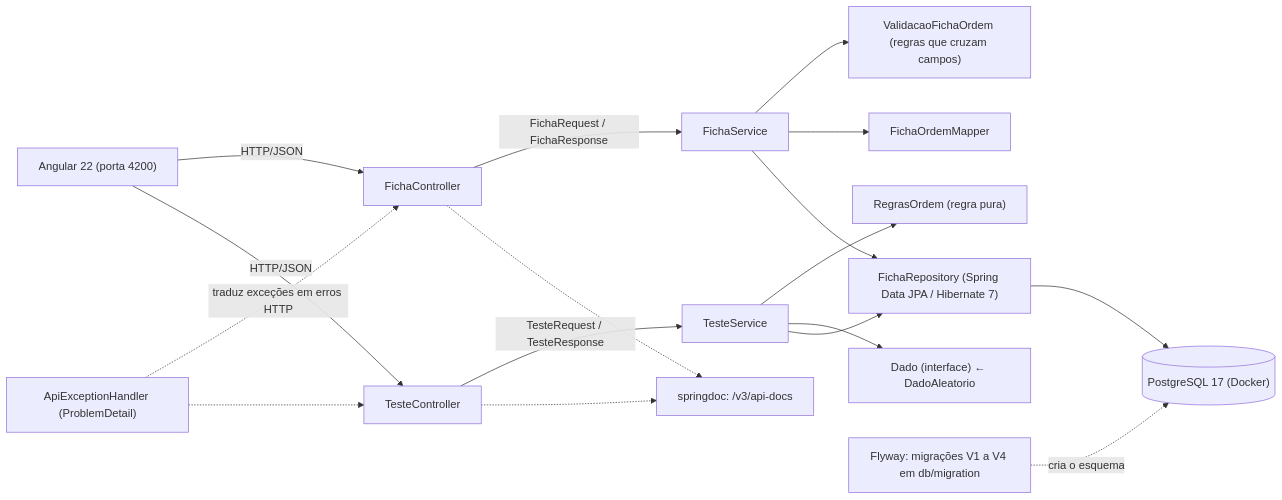
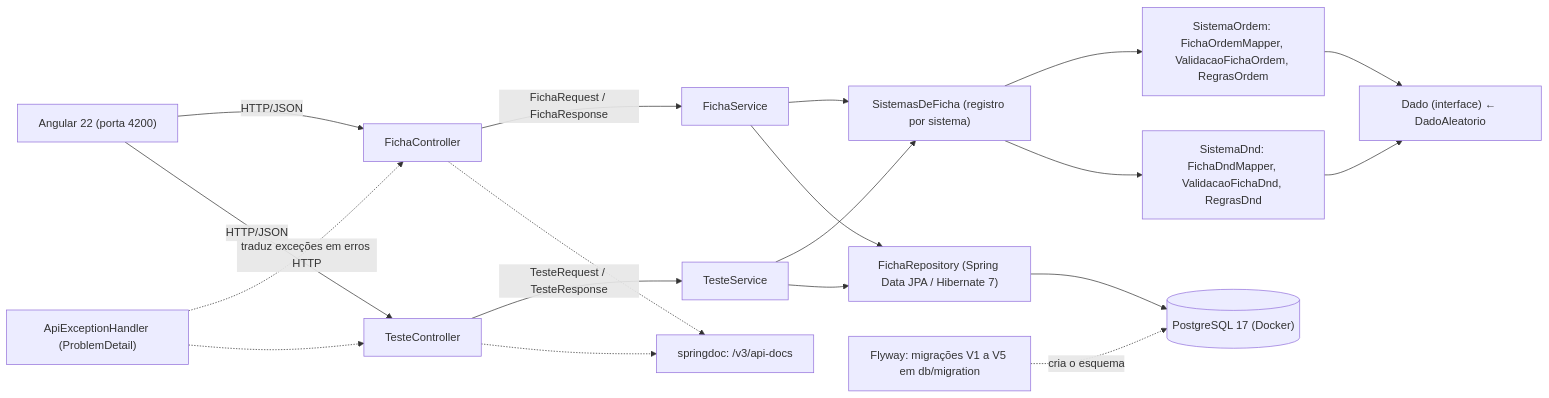
One commit to Deive25/Gerenciador-de-Fichas-RPG changed the first of 2 diagrams in README.md. Above: the diagram before and after it, drawn with Mermaid. The commit also changed other lines of this file and 2 other files, not shown here.

Commit message:
docs: README com D&D e atribuicao do SRD; ADR 0017 (SistemaDeFicha)

````diff
--- a/README.md
+++ b/README.md
@@ -202,19 +271,21 @@
 ```mermaid
 flowchart LR
     A["Angular 22 (porta 4200)"] -->|HTTP/JSON| B[FichaController]
     B -->|FichaRequest / FichaResponse| C[FichaService]
-    C --> V["ValidacaoFichaOrdem (regras que cruzam campos)"]
-    C --> M[FichaOrdemMapper]
+    C --> SS["SistemasDeFicha (registro por sistema)"]
     A -->|HTTP/JSON| T[TesteController]
     T -->|TesteRequest / TesteResponse| S[TesteService]
-    S --> G["RegrasOrdem (regra pura)"]
-    S --> Q["Dado (interface) ← DadoAleatorio"]
+    S --> SS
+    SS --> SO["SistemaOrdem: FichaOrdemMapper, ValidacaoFichaOrdem, RegrasOrdem"]
+    SS --> SD["SistemaDnd: FichaDndMapper, ValidacaoFichaDnd, RegrasDnd"]
+    SO --> Q["Dado (interface) ← DadoAleatorio"]
+    SD --> Q
     S --> R
     C --> R["FichaRepository (Spring Data JPA / Hibernate 7)"]
     R --> D[("PostgreSQL 17 (Docker)")]
-    F["Flyway: migrações V1 a V4 em db/migration"] -.->|cria o esquema| D
+    F["Flyway: migrações V1 a V5 em db/migration"] -.->|cria o esquema| D
     X["ApiExceptionHandler (ProblemDetail)"] -.->|traduz exceções em erros HTTP| B
     B -.-> O["springdoc: /v3/api-docs"]
     T -.-> O
     X -.-> T
 ```
````
